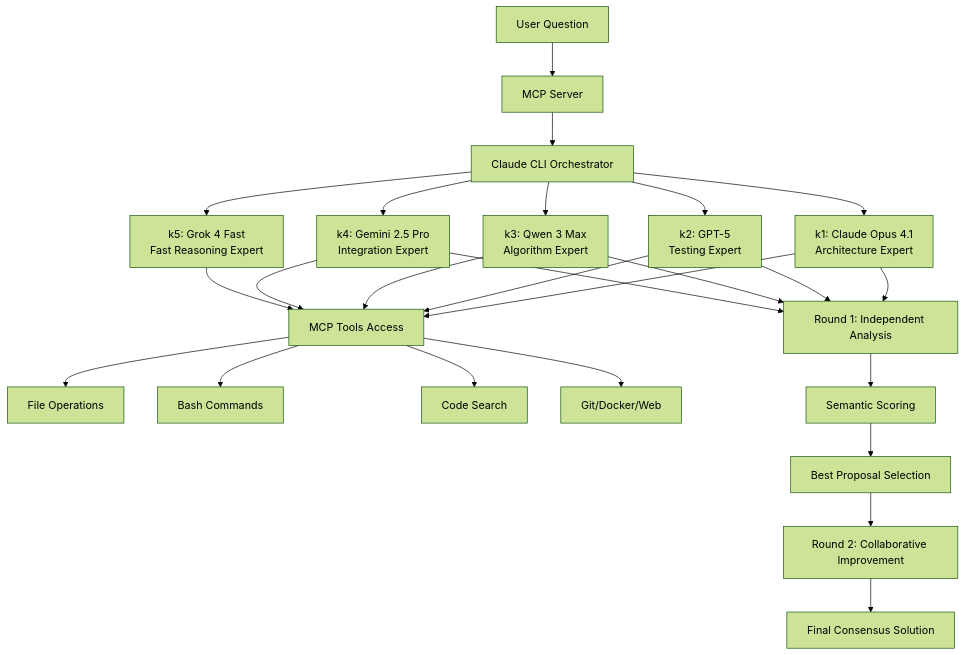
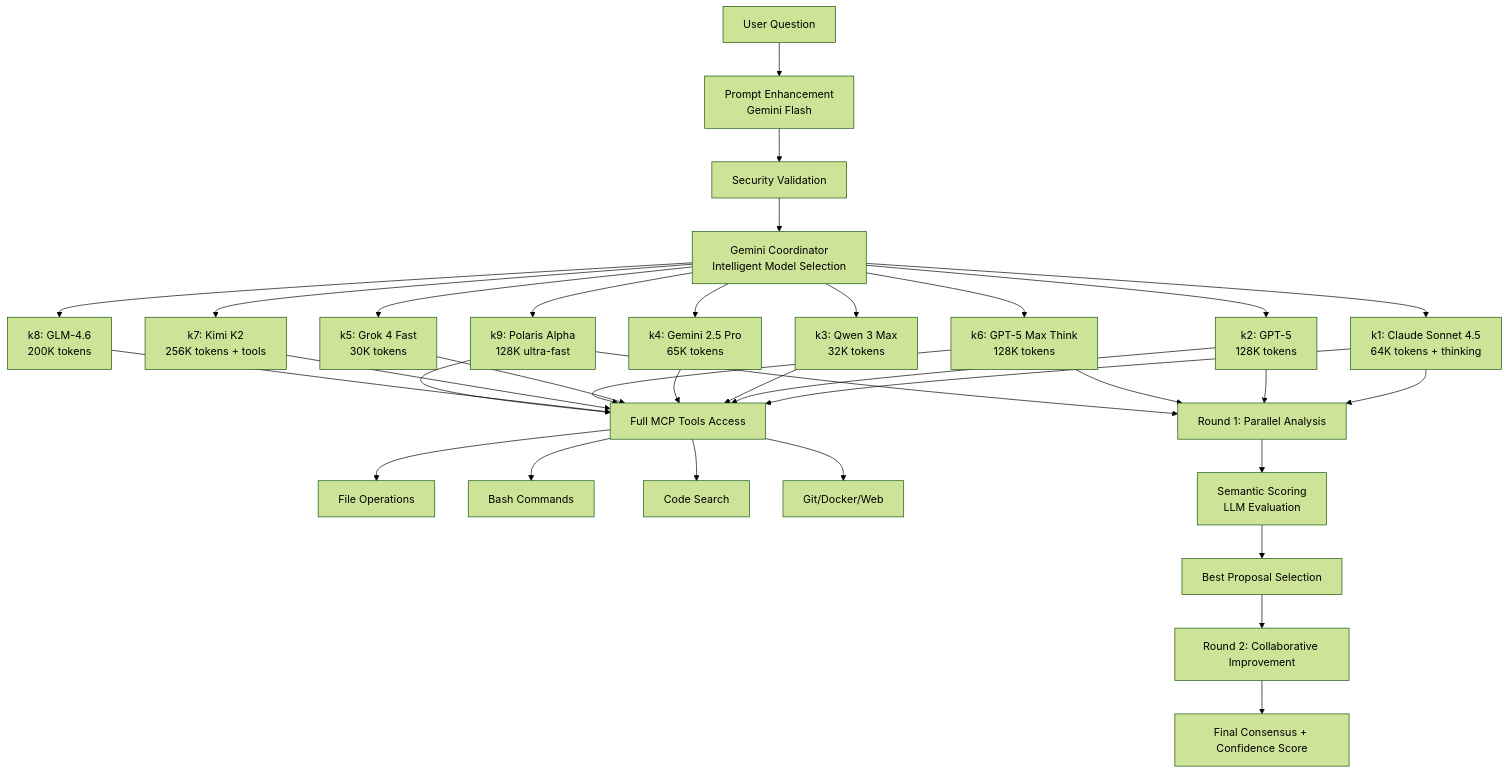
One commit to KostasNoreika/mcp-debate-consensus changed the diagram in README.md. Above: the diagram before and after it, drawn with Mermaid (forest theme). The commit also changed other lines of this file, not shown here.

````diff
--- a/README.md
+++ b/README.md
@@ -117,31 +174,40 @@
 ```mermaid
 graph TD
-    A[User Question] --> B[MCP Server]
-    B --> C[Claude CLI Orchestrator]
-    C --> D1[k1: Claude Opus 4.1<br/>Architecture Expert]
-    C --> D2[k2: GPT-5<br/>Testing Expert]
-    C --> D3[k3: Qwen 3 Max<br/>Algorithm Expert]
-    C --> D4[k4: Gemini 2.5 Pro<br/>Integration Expert]
-    C --> D5[k5: Grok 4 Fast<br/>Fast Reasoning Expert]
+    A[User Question] --> A1[Prompt Enhancement<br/>Gemini Flash]
+    A1 --> B[Security Validation]
+    B --> C[Gemini Coordinator<br/>Intelligent Model Selection]
+    C --> D1[k1: Claude Sonnet 4.5<br/>64K tokens + thinking]
+    C --> D2[k2: GPT-5<br/>128K tokens]
+    C --> D3[k3: Qwen 3 Max<br/>32K tokens]
+    C --> D4[k4: Gemini 2.5 Pro<br/>65K tokens]
+    C --> D5[k5: Grok 4 Fast<br/>30K tokens]
+    C --> D6[k6: GPT-5 Max Think<br/>128K tokens]
+    C --> D7[k7: Kimi K2<br/>256K tokens + tools]
+    C --> D8[k8: GLM-4.6<br/>200K tokens]
+    C --> D9[k9: Polaris Alpha<br/>128K ultra-fast]
 
-    D1 --> E[MCP Tools Access]
+    D1 --> E[Full MCP Tools Access]
     D2 --> E
     D3 --> E
     D4 --> E
     D5 --> E
-    
+    D6 --> E
+    D7 --> E
+    D8 --> E
+    D9 --> E
+
     E --> F[File Operations]
     E --> G[Bash Commands]
     E --> H[Code Search]
     E --> I[Git/Docker/Web]
-    
-    D1 --> J[Round 1: Independent Analysis]
+
+    D1 --> J[Round 1: Parallel Analysis]
     D2 --> J
-    D3 --> J
-    D4 --> J
-    
-    J --> K[Semantic Scoring]
+    D6 --> J
+    D9 --> J
+
+    J --> K[Semantic Scoring<br/>LLM Evaluation]
     K --> L[Best Proposal Selection]
     L --> M[Round 2: Collaborative Improvement]
-    M --> N[Final Consensus Solution]
+    M --> N[Final Consensus + Confidence Score]
 ```
````
